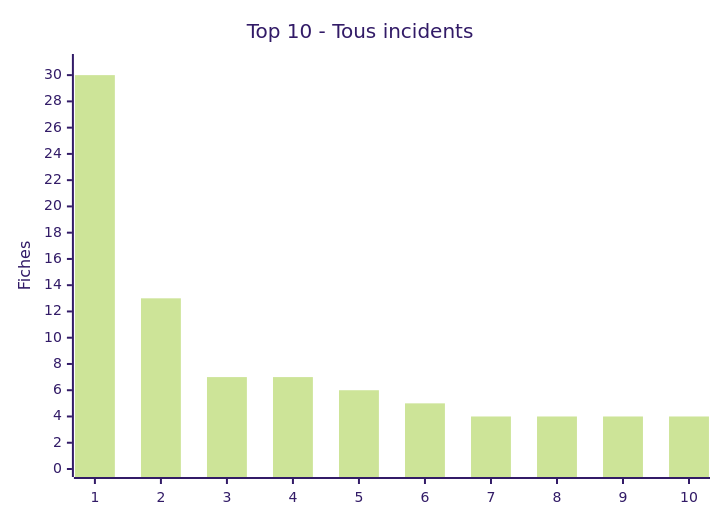
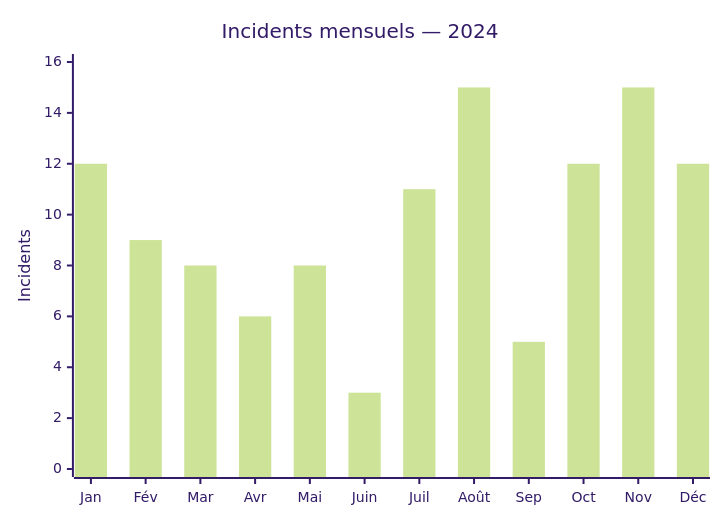
The first of 3 diagrams in CyberAttackAfrica/2024/README_FR.md (Hatchepsoute/AFRINTEL), drawn with Mermaid (forest theme) before and after one commit. The commit also changed other lines of this file and 109 other files, not shown here.

````diff
--- a/CyberAttackAfrica/2024/README_FR.md
+++ b/CyberAttackAfrica/2024/README_FR.md
@@ -65,7 +58,7 @@
 ```mermaid
-xychart-beta
-    title "Top 10 - Tous incidents"
-    x-axis ["1","2","3","4","5","6","7","8","9","10"]
-    y-axis "Fiches" 0 --> 31
-    bar [30,13,7,7,6,5,4,4,4,4]
+xychart
+    title "Incidents mensuels — 2024"
+    x-axis ["Jan","Fév","Mar","Avr","Mai","Juin","Juil","Août","Sep","Oct","Nov","Déc"]
+    y-axis "Incidents" 0 --> 16
+    bar [12,9,8,6,8,3,11,15,5,12,15,12]
 ```
````
